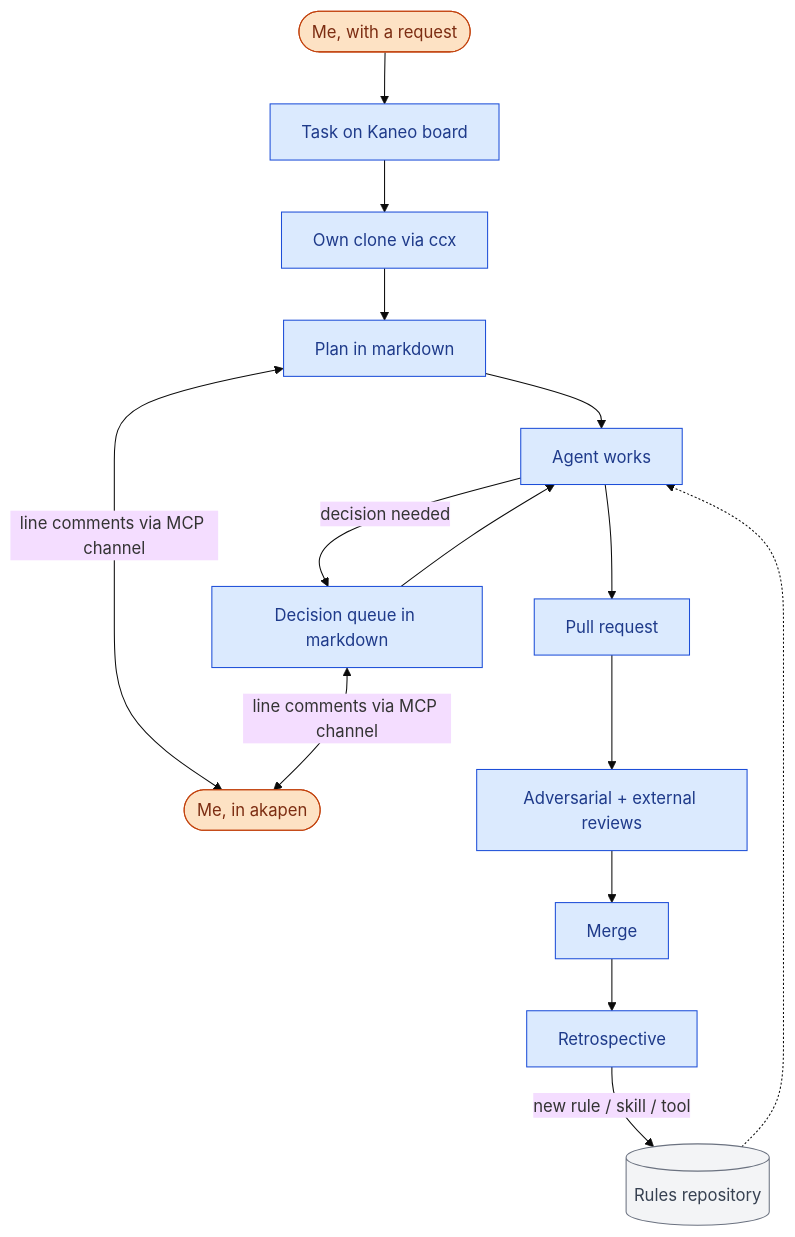
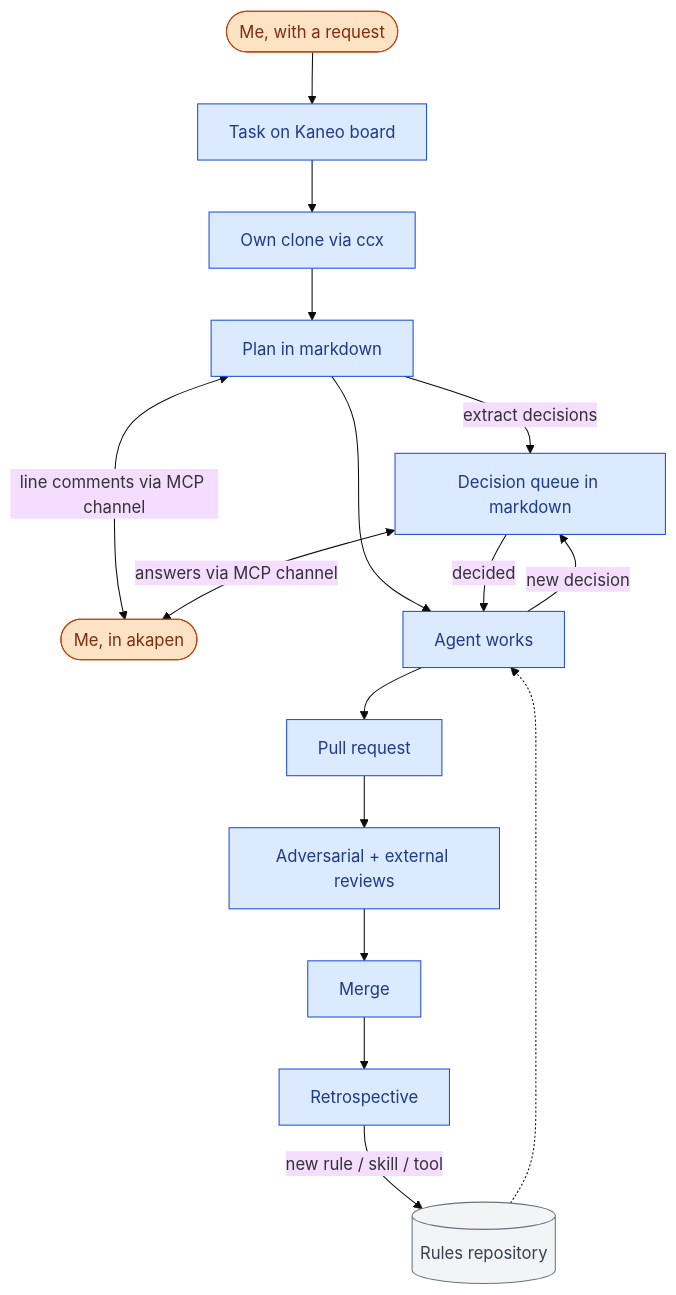
The diagram in src/pages/workflow.md (TakashiAihara/profile.takashiaihara.site), drawn with Mermaid (base theme) before and after one commit. The commit also changed other lines of this file, not shown here.

Commit message:
docs: extract decision queue from the plan and review both in akapen
sid: WH5KIB
Claude-Session: https://claude.ai/code/session_01ToaAV7JAc6DQPwKjMsDghs

```diff
--- a/src/pages/workflow.md
+++ b/src/pages/workflow.md
@@ -12,23 +12,24 @@
 <pre class="mermaid">
 flowchart TD
   req([Me, with a request]) --> task[Task on Kaneo board]
   task --> clone[Own clone via ccx]
   clone --> plan[Plan in markdown]
+  plan -->|extract decisions| queue[Decision queue in markdown]
   plan <-->|line comments via MCP channel| me([Me, in akapen])
+  queue <-->|answers via MCP channel| me
   plan --> work[Agent works]
-  work -->|decision needed| queue[Decision queue in markdown]
-  queue <-->|line comments via MCP channel| me
-  queue --> work
+  queue -->|decided| work
+  work -->|new decision| queue
   work --> pr[Pull request]
   pr --> review[Adversarial + external reviews]
   review --> merge[Merge]
   merge --> retro[Retrospective]
   retro -->|new rule / skill / tool| rules[(Rules repository)]
   rules -.-> work
   classDef human fill:#fde2c4,stroke:#c2410c,color:#7c2d12
   classDef agent fill:#dbeafe,stroke:#1d4ed8,color:#1e3a8a
   classDef store fill:#f3f4f6,stroke:#6b7280,color:#374151
   class req,me human
   class task,clone,plan,work,queue,pr,review,merge,retro agent
   class rules store
 </pre>
```
